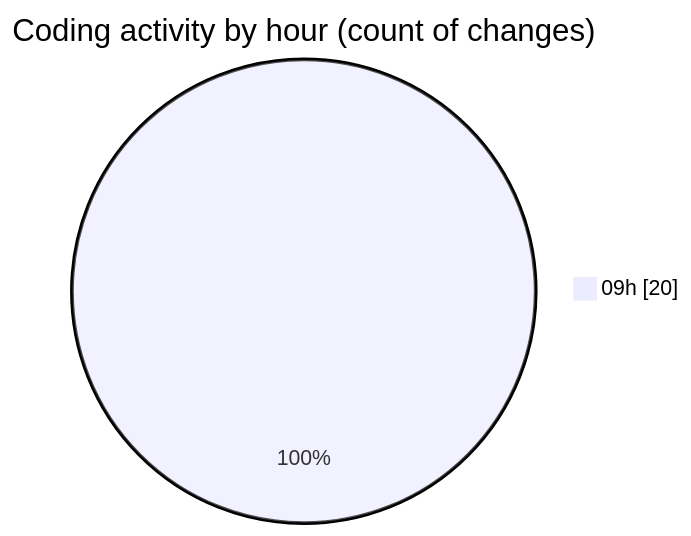
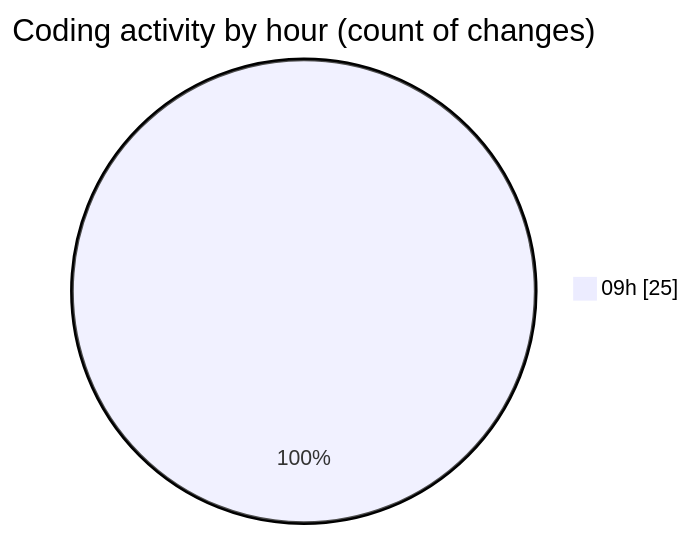
Before and after one commit to julien-gomy/code-tracking: the second of 2 diagrams in 2025-11-12/eventscop-frontend-guide__workspace_/README.md, drawn with Mermaid. The commit also changed other lines of this file and 1 other file, not shown here.

````diff
--- a/2025-11-12/eventscop-frontend-guide__workspace_/README.md
+++ b/2025-11-12/eventscop-frontend-guide__workspace_/README.md
@@ -34,5 +34,5 @@
 ```mermaid
 pie showData
 title Coding activity by hour (count of changes)
-"09h" : 20
+"09h" : 25
 ```
````
